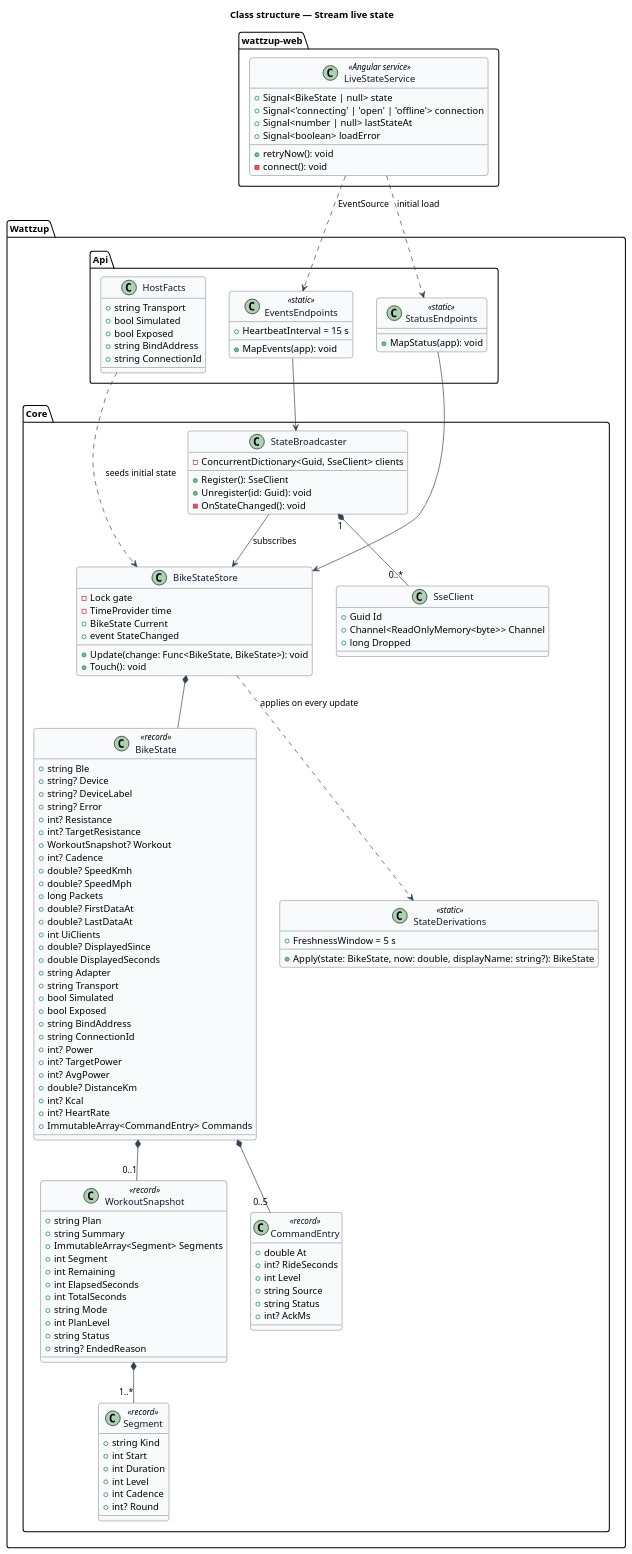
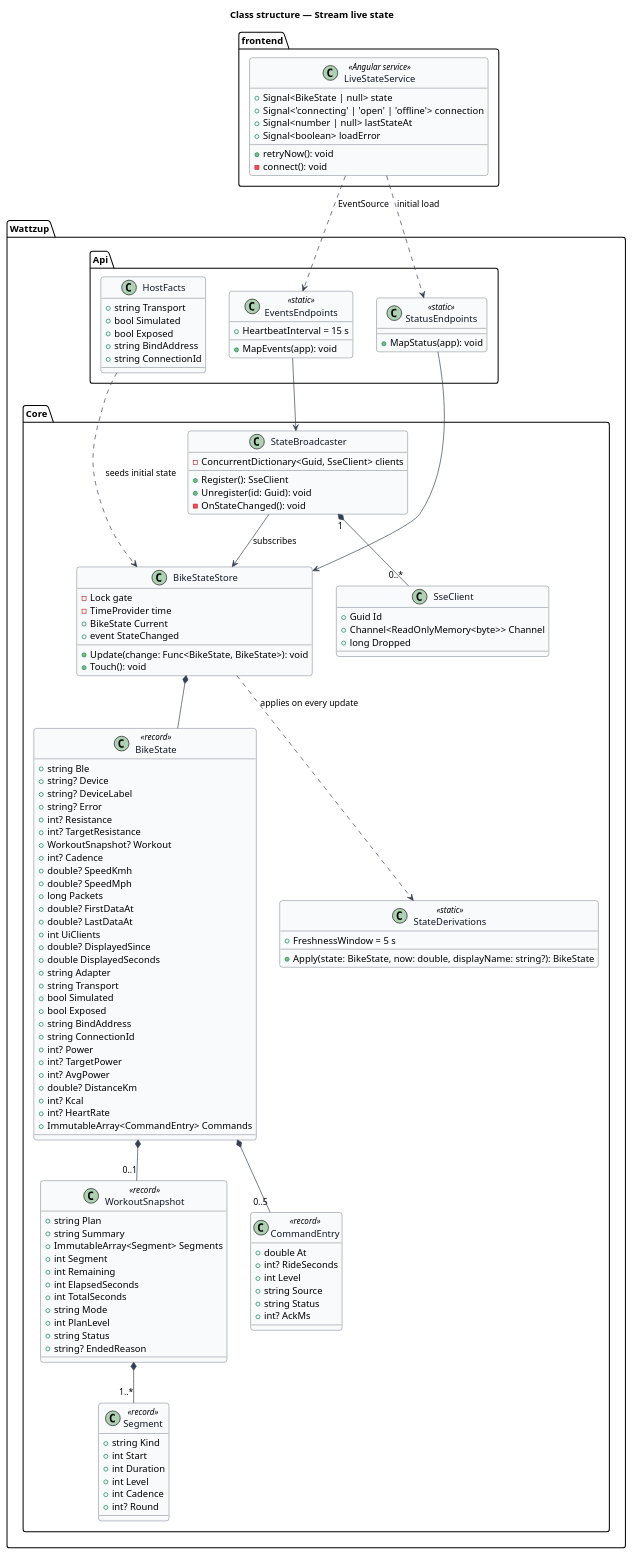
The diagram in docs/detailed-designs/live-state/stream-live-state/diagrams/class-structure.puml (QuinntyneBrown/ride-one), drawn with PlantUML before and after one commit. The commit also changed 434 other files, not shown here.

```diff
--- a/docs/detailed-designs/live-state/stream-live-state/diagrams/class-structure.puml
+++ b/docs/detailed-designs/live-state/stream-live-state/diagrams/class-structure.puml
@@ -1,140 +1,140 @@
 @startuml
 skinparam backgroundColor #FFFFFF
 skinparam shadowing false
 skinparam roundcorner 8
 skinparam defaultFontName Arial
 skinparam ArrowColor #344054
 skinparam class {
   BorderColor #344054
   FontColor #101828
   BackgroundColor #F9FAFB
 }
 title Class structure — Stream live state
 
 package "Wattzup.Core" {
   class BikeState <<record>> {
     +string Ble
     +string? Device
     +string? DeviceLabel
     +string? Error
     +int? Resistance
     +int? TargetResistance
     +WorkoutSnapshot? Workout
     +int? Cadence
     +double? SpeedKmh
     +double? SpeedMph
     +long Packets
     +double? FirstDataAt
     +double? LastDataAt
     +int UiClients
     +double? DisplayedSince
     +double DisplayedSeconds
     +string Adapter
     +string Transport
     +bool Simulated
     +bool Exposed
     +string BindAddress
     +string ConnectionId
     +int? Power
     +int? TargetPower
     +int? AvgPower
     +double? DistanceKm
     +int? Kcal
     +int? HeartRate
     +ImmutableArray<CommandEntry> Commands
   }
   class WorkoutSnapshot <<record>> {
     +string Plan
     +string Summary
     +ImmutableArray<Segment> Segments
     +int Segment
     +int Remaining
     +int ElapsedSeconds
     +int TotalSeconds
     +string Mode
     +int PlanLevel
     +string Status
     +string? EndedReason
   }
   class Segment <<record>> {
     +string Kind
     +int Start
     +int Duration
     +int Level
     +int Cadence
     +int? Round
   }
   class CommandEntry <<record>> {
     +double At
     +int? RideSeconds
     +int Level
     +string Source
     +string Status
     +int? AckMs
   }
   class BikeStateStore {
     -Lock gate
     -TimeProvider time
     +BikeState Current
     +event StateChanged
     +Update(change: Func<BikeState, BikeState>): void
     +Touch(): void
   }
   class StateDerivations <<static>> {
     +FreshnessWindow = 5 s
     +Apply(state: BikeState, now: double, displayName: string?): BikeState
   }
   class StateBroadcaster {
     -ConcurrentDictionary<Guid, SseClient> clients
     +Register(): SseClient
     +Unregister(id: Guid): void
     -OnStateChanged(): void
   }
   class SseClient {
     +Guid Id
     +Channel<ReadOnlyMemory<byte>> Channel
     +long Dropped
   }
 }
 
 package "Wattzup.Api" {
   class HostFacts {
     +string Transport
     +bool Simulated
     +bool Exposed
     +string BindAddress
     +string ConnectionId
   }
   class EventsEndpoints <<static>> {
     +HeartbeatInterval = 15 s
     +MapEvents(app): void
   }
   class StatusEndpoints <<static>> {
     +MapStatus(app): void
   }
 }
 
-package "wattzup-web" {
+package "frontend" {
   class LiveStateService <<Angular service>> {
     +Signal<BikeState | null> state
     +Signal<'connecting' | 'open' | 'offline'> connection
     +Signal<number | null> lastStateAt
     +Signal<boolean> loadError
     +retryNow(): void
     -connect(): void
   }
 }
 
 BikeState *-- "0..1" WorkoutSnapshot
 WorkoutSnapshot *-- "1..*" Segment
 BikeState *-- "0..5" CommandEntry
 BikeStateStore *-- BikeState
 BikeStateStore ..> StateDerivations : applies on every update
 HostFacts ..> BikeStateStore : seeds initial state
 StateBroadcaster --> BikeStateStore : subscribes
 StateBroadcaster "1" *-- "0..*" SseClient
 EventsEndpoints --> StateBroadcaster
 StatusEndpoints --> BikeStateStore
 LiveStateService ..> EventsEndpoints : EventSource
 LiveStateService ..> StatusEndpoints : initial load
 @enduml
```
